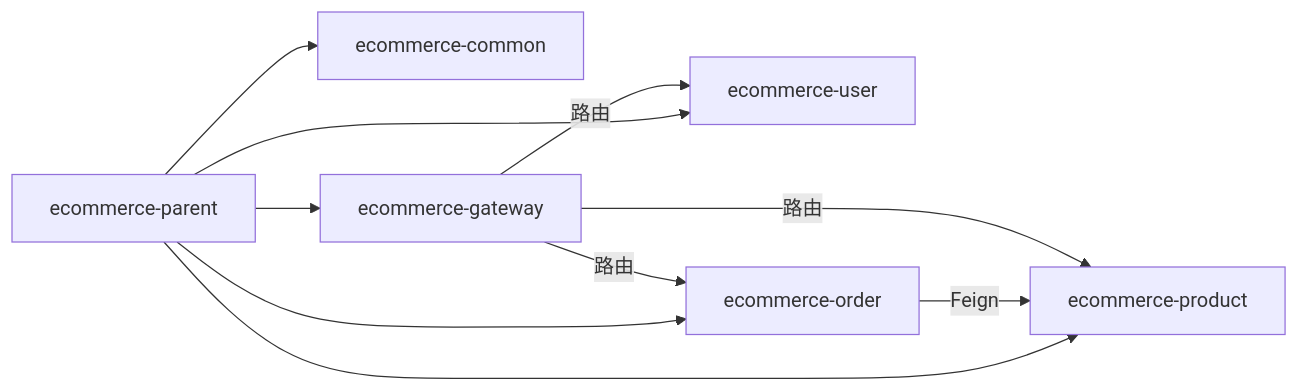
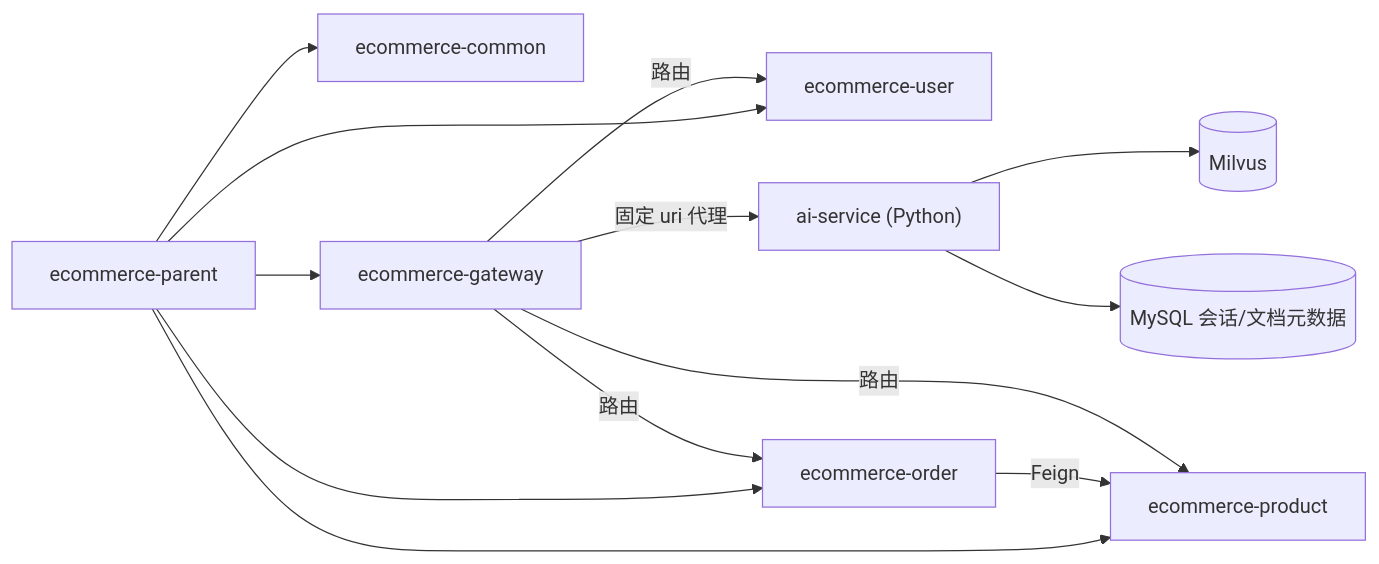
Before and after one commit to haohailiang/qoder-fullstack: the seventh of 7 diagrams in .qoder/repowiki/zh/content/后端架构设计/微服务架构设计.md, drawn with Mermaid. The commit also changed other lines of this file and 33 other files, not shown here.

````diff
--- a/.qoder/repowiki/zh/content/后端架构设计/微服务架构设计.md
+++ b/.qoder/repowiki/zh/content/后端架构设计/微服务架构设计.md
@@ -273,12 +322,15 @@
 ```mermaid
 graph LR
 Parent["ecommerce-parent"] --> Common["ecommerce-common"]
 Parent --> Gateway["ecommerce-gateway"]
 Parent --> User["ecommerce-user"]
 Parent --> Product["ecommerce-product"]
 Parent --> Order["ecommerce-order"]
 Order --> |Feign| Product
 Gateway --> |路由| User
 Gateway --> |路由| Product
 Gateway --> |路由| Order
+Gateway --> |固定 uri 代理| AI["ai-service (Python)"]
+AI --> Milvus[("Milvus")]
+AI --> AIDB[("MySQL 会话/文档元数据")]
 ```
````
